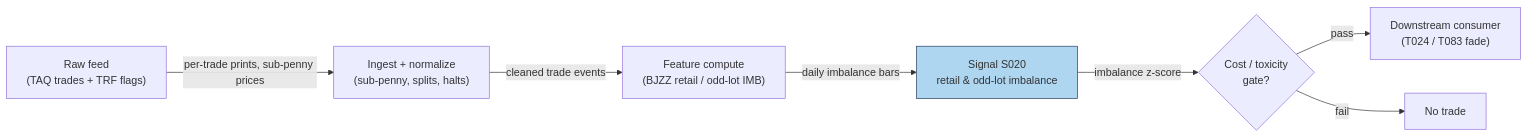
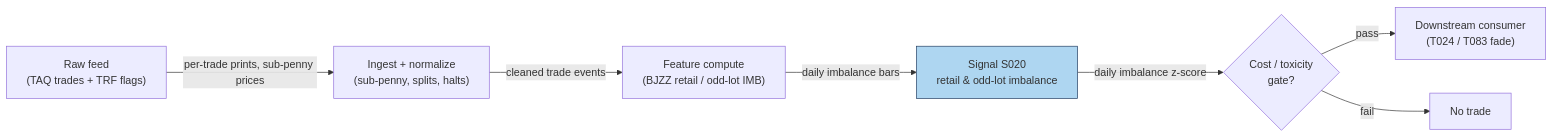
Before and after one commit to praveenguptahcl/quant-signals-deep: the diagram in batches/SB4/S020.md, drawn with Mermaid. The commit also changed other lines of this file and 20 other files, not shown here.

````diff
--- a/batches/SB4/S020.md
+++ b/batches/SB4/S020.md
@@ -167,10 +169,10 @@
 ```mermaid
 flowchart LR
     FEED["Raw feed\n(TAQ trades + TRF flags)"] -->|per-trade prints, sub-penny prices| ING["Ingest + normalize\n(sub-penny, splits, halts)"]
     ING -->|cleaned trade events| FEAT["Feature compute\n(BJZZ retail / odd-lot IMB)"]
     FEAT -->|daily imbalance bars| SIG["Signal S020\nretail & odd-lot imbalance"]
-    SIG -->|imbalance z-score| GATE{"Cost / toxicity\ngate?"}
+    SIG -->|daily imbalance z-score| GATE{"Cost / toxicity\ngate?"}
     GATE -->|pass| OUT["Downstream consumer\n(T024 / T083 fade)"]
     GATE -->|fail| DROP["No trade"]
     style SIG fill:#aed6f1,stroke:#1f3a5f
 ```
````
